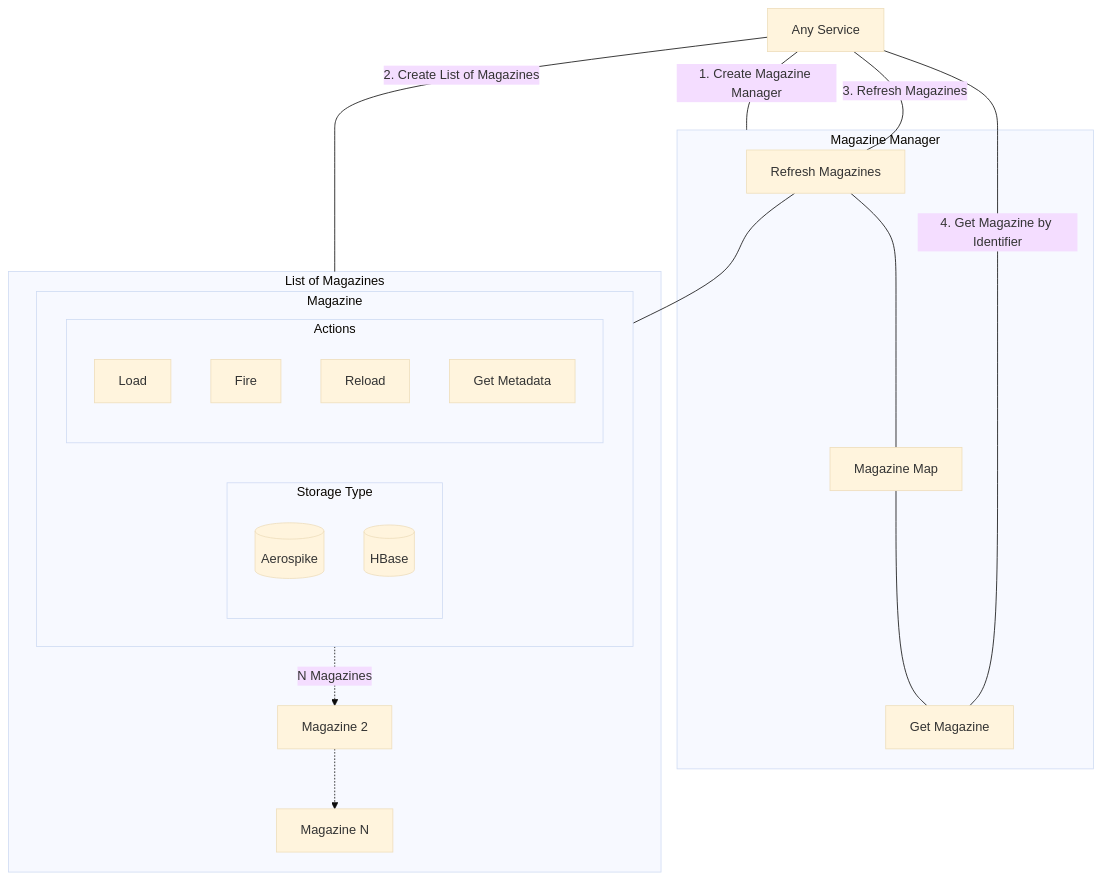
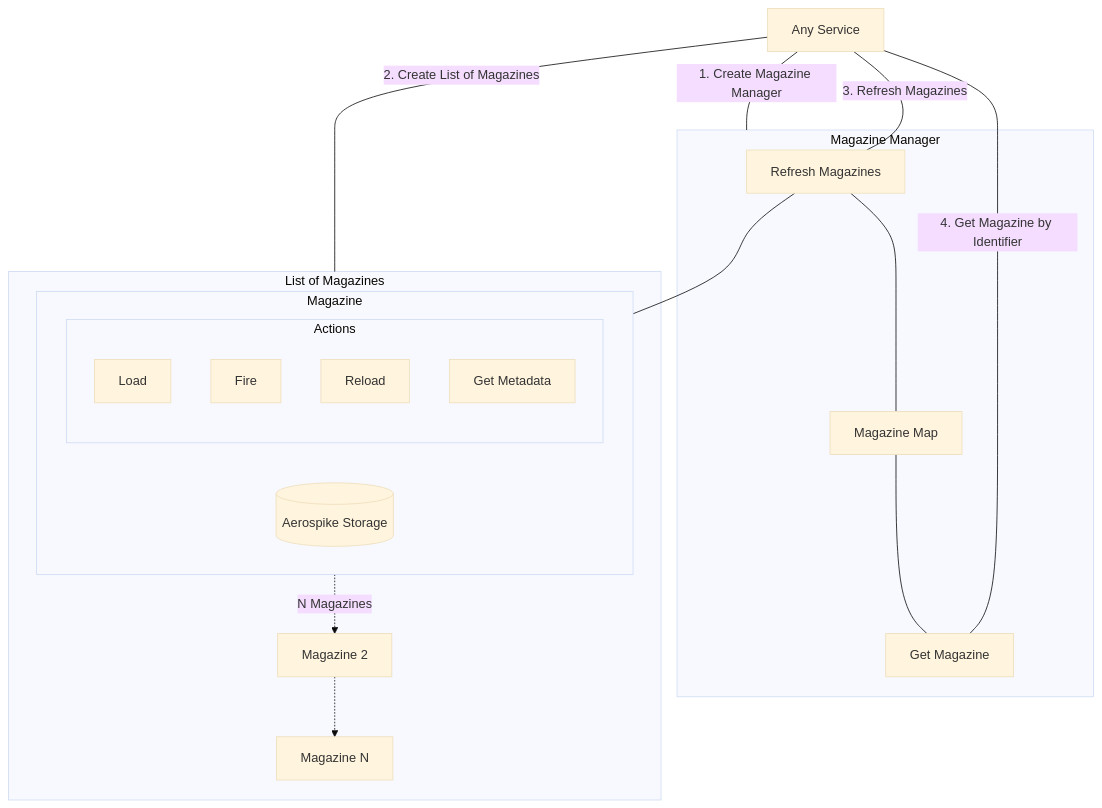
The second of 2 diagrams in docs/docs/index.md (PhonePe/Magazine), drawn with Mermaid (base theme) before and after one commit. The commit also changed other lines of this file and 12 other files, not shown here.

````diff
--- a/docs/docs/index.md
+++ b/docs/docs/index.md
@@ -55,40 +55,37 @@
 ```mermaid
 graph TD
     AnyService[Any Service]
 
     subgraph MagazineManager[Magazine Manager]
         RefreshMagazines[Refresh Magazines]
         MagazineMap[Magazine Map]
         GetMagazine[Get Magazine]
     end
 
     subgraph ListOfMagazines[List of Magazines]
         subgraph Magazine1[Magazine]
             direction LR
-            subgraph StorageType[Storage Type]
-                Aerospike[(Aerospike)]
-                HBase[(HBase)]
-            end
+            Aerospike[(Aerospike Storage)]
             subgraph Actions[Actions]
                 LOAD[Load]
                 FIRE[Fire]
                 RELOAD[Reload]
                 GET_METADATA[Get Metadata]
             end
         end
         Mag2[Magazine 2]
         MagN[Magazine N]
     end
 
     AnyService -- "1. Create Magazine Manager" --- MagazineManager
     AnyService -- "2. Create List of Magazines" --- ListOfMagazines
     AnyService -- "3. Refresh Magazines" --- RefreshMagazines
     AnyService -- "4. Get Magazine by Identifier" --- GetMagazine
 
     RefreshMagazines --- MagazineMap
     MagazineMap --- GetMagazine
     RefreshMagazines --- Magazine1
 
     Magazine1 -. "N Magazines" .-> Mag2
     Mag2 -.-> MagN
 ```
````
